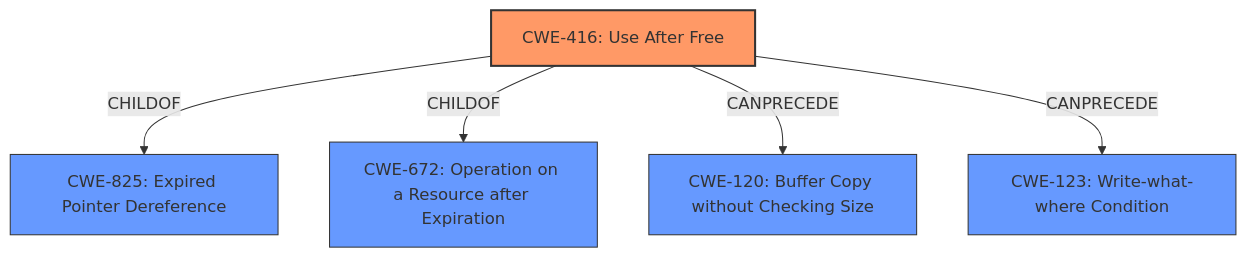
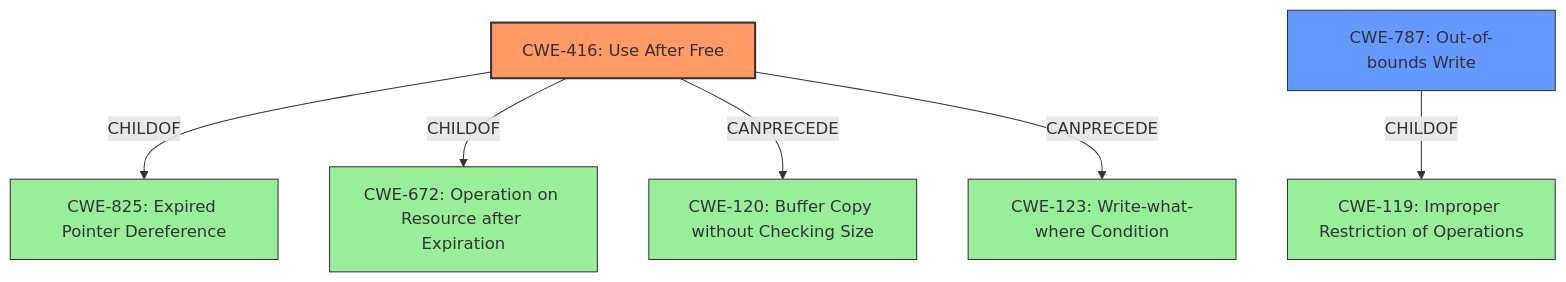
One commit to CyberSecAI/cwe_agent_assign_reports_2023 changed the diagram in CVE-2021-30554/CVE-2021-30554_analysis.md. Above: the diagram before and after it, drawn with Mermaid. The commit also changed other lines of this file and 902 other files, not shown here.

````diff
--- a/CVE-2021-30554/CVE-2021-30554_analysis.md
+++ b/CVE-2021-30554/CVE-2021-30554_analysis.md
@@ -17,18 +17,23 @@
 ```mermaid
 graph TD
     cwe416["CWE-416: Use After Free"]
+    cwe787["CWE-787: Out-of-bounds Write"]
     cwe825["CWE-825: Expired Pointer Dereference"]
-    cwe672["CWE-672: Operation on a Resource after Expiration"]
+    cwe672["CWE-672: Operation on Resource after Expiration"]
     cwe120["CWE-120: Buffer Copy without Checking Size"]
     cwe123["CWE-123: Write-what-where Condition"]
+    cwe119["CWE-119: Improper Restriction of Operations"]
     
     cwe416 -->|CHILDOF| cwe825
     cwe416 -->|CHILDOF| cwe672
     cwe416 -->|CANPRECEDE| cwe120
     cwe416 -->|CANPRECEDE| cwe123
+    cwe787 -->|CHILDOF| cwe119
 
     classDef primary fill:#f96,stroke:#333,stroke-width:2px
     classDef secondary fill:#69f,stroke:#333
+    classDef tertiary fill:#9e9,stroke:#333
     class cwe416 primary
-    class cwe825,cwe672,cwe120,cwe123 secondary
+    class cwe787 secondary
+    class cwe825,cwe672,cwe120,cwe123,cwe119 tertiary
 ```
````
